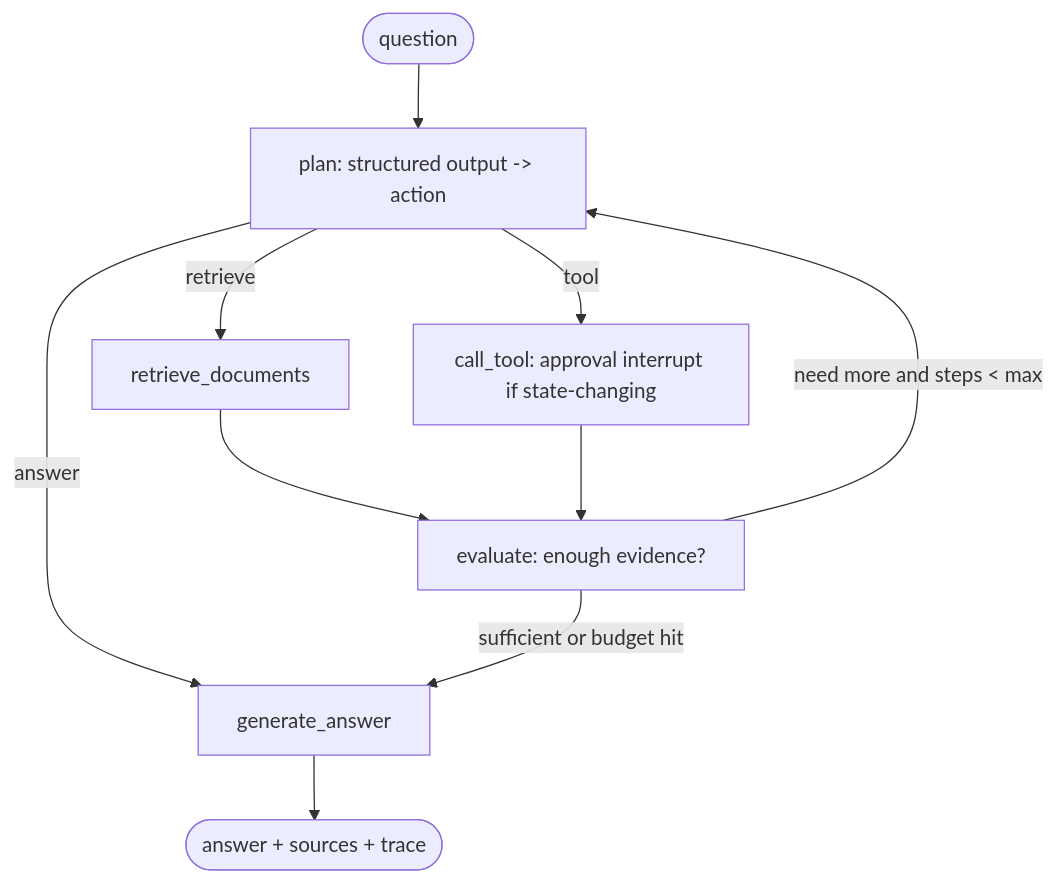
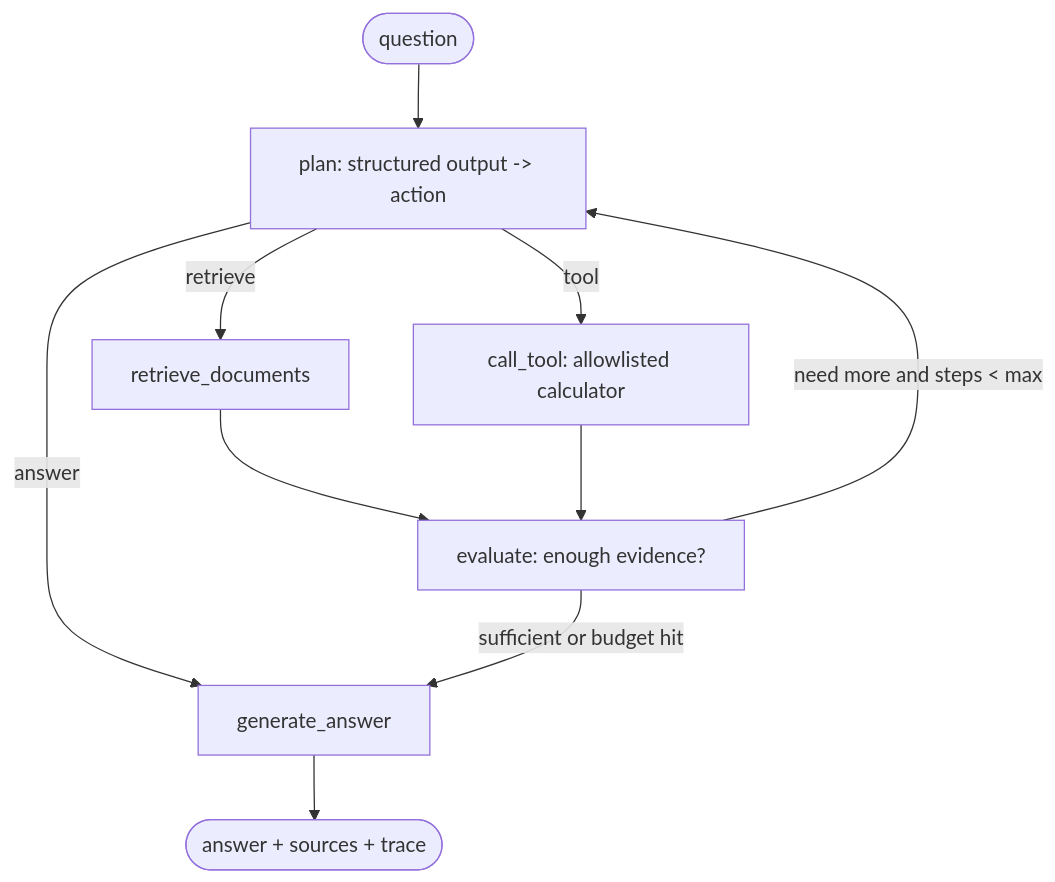
Before and after one commit to PMooney03/AgenticAI: the fifth of 5 diagrams in docs/architecture.md, drawn with Mermaid. The commit also changed other lines of this file and 49 other files, not shown here.

````diff
--- a/docs/architecture.md
+++ b/docs/architecture.md
@@ -109,12 +134,12 @@
 ```mermaid
 flowchart TD
     Start([question]) --> plan[plan: structured output -> action]
     plan -->|retrieve| retrieve[retrieve_documents]
-    plan -->|tool| call_tool[call_tool: approval interrupt if state-changing]
+    plan -->|tool| call_tool[call_tool: allowlisted calculator]
     plan -->|answer| answer[generate_answer]
     retrieve --> evaluate[evaluate: enough evidence?]
     call_tool --> evaluate
     evaluate -->|need more and steps < max| plan
     evaluate -->|sufficient or budget hit| answer
     answer --> Finish([answer + sources + trace])
 ```
````
